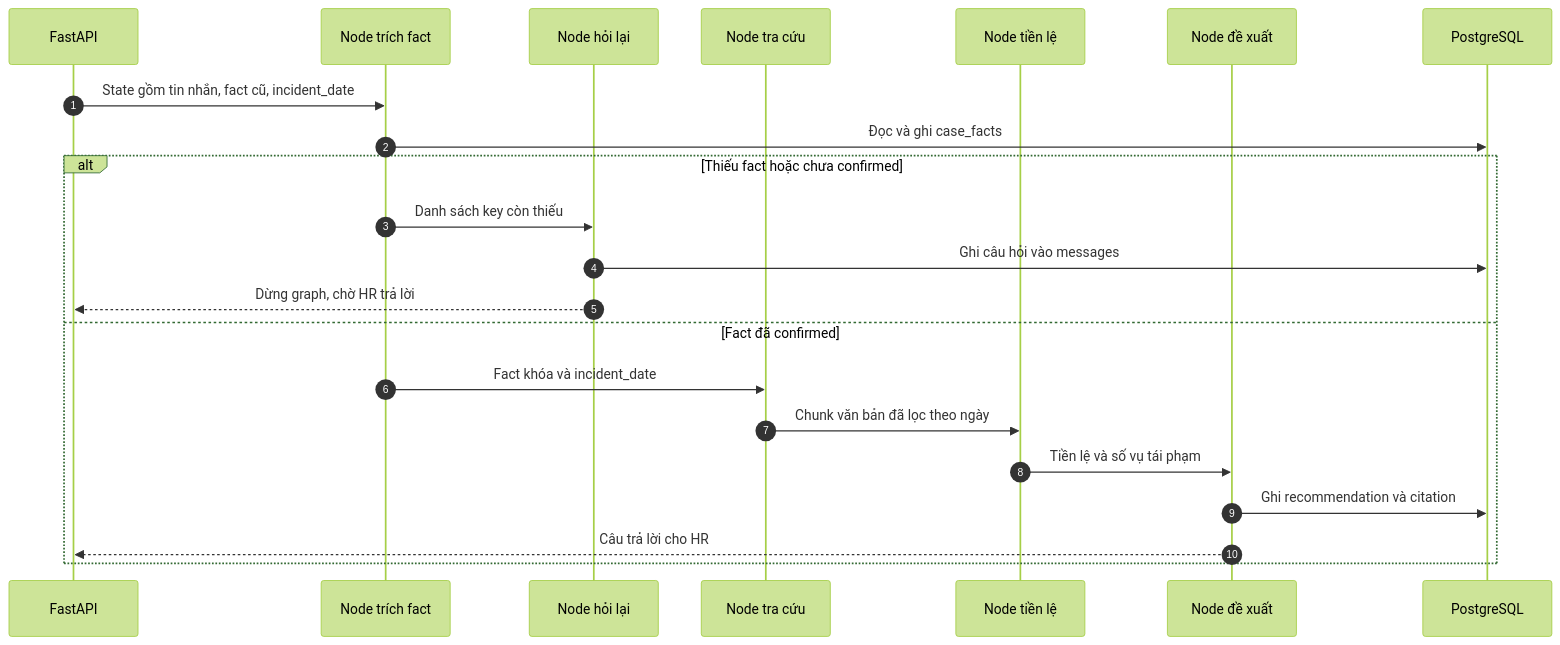
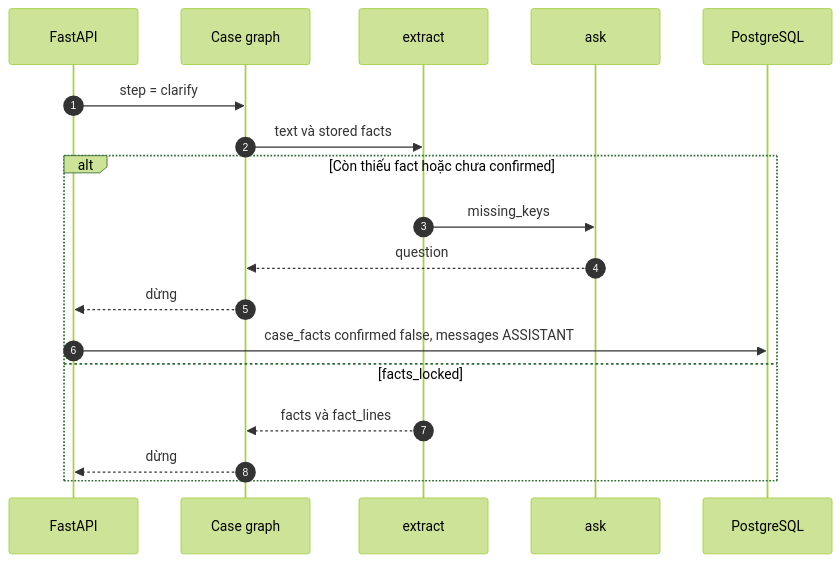
The fifth of 15 diagrams in docs/features/features.md (Tuan-Nguyen-Minhh/HRHelp), drawn with Mermaid (forest theme) before and after one commit. The commit also changed other lines of this file and 70 other files, not shown here.

````diff
--- a/docs/features/features.md
+++ b/docs/features/features.md
@@ -243,25 +297,21 @@
 ```mermaid
 sequenceDiagram
     autonumber
     participant API as FastAPI
-    participant EX as Node trích fact
-    participant ASK as Node hỏi lại
-    participant RET as Node tra cứu
-    participant PRE as Node tiền lệ
-    participant REC as Node đề xuất
+    participant CG as Case graph
+    participant EX as extract
+    participant ASK as ask
     participant DB as PostgreSQL
 
-    API->>EX: State gồm tin nhắn, fact cũ, incident_date
-    EX->>DB: Đọc và ghi case_facts
-    alt Thiếu fact hoặc chưa confirmed
-        EX->>ASK: Danh sách key còn thiếu
-        ASK->>DB: Ghi câu hỏi vào messages
-        ASK-->>API: Dừng graph, chờ HR trả lời
-    else Fact đã confirmed
-        EX->>RET: Fact khóa và incident_date
-        RET->>PRE: Chunk văn bản đã lọc theo ngày
-        PRE->>REC: Tiền lệ và số vụ tái phạm
-        REC->>DB: Ghi recommendation và citation
-        REC-->>API: Câu trả lời cho HR
+    API->>CG: step = clarify
+    CG->>EX: text và stored facts
+    alt Còn thiếu fact hoặc chưa confirmed
+        EX->>ASK: missing_keys
+        ASK-->>CG: question
+        CG-->>API: dừng
+        API->>DB: case_facts confirmed false, messages ASSISTANT
+    else facts_locked
+        EX-->>CG: facts và fact_lines
+        CG-->>API: dừng
     end
 ```
````
